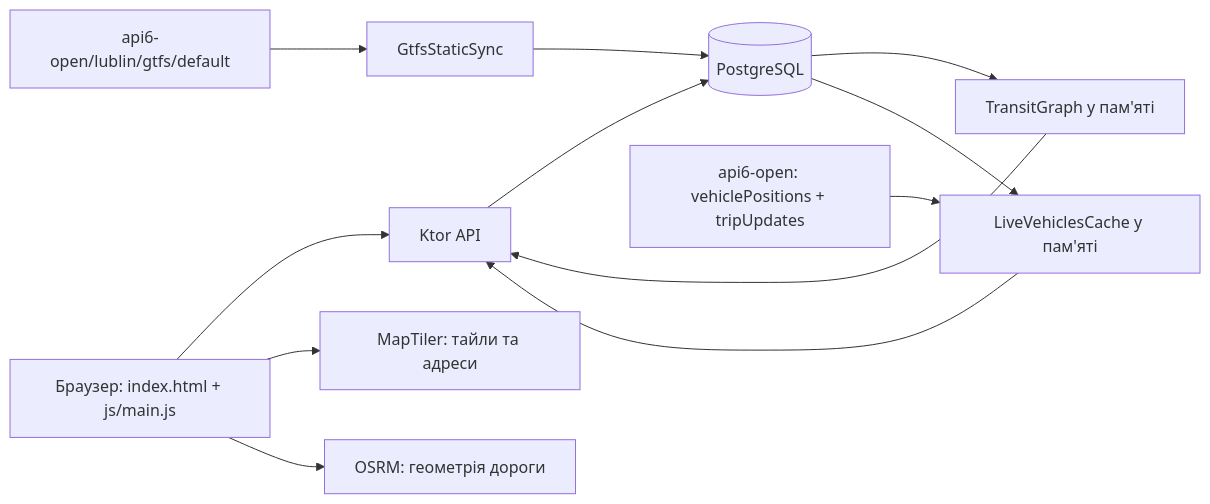
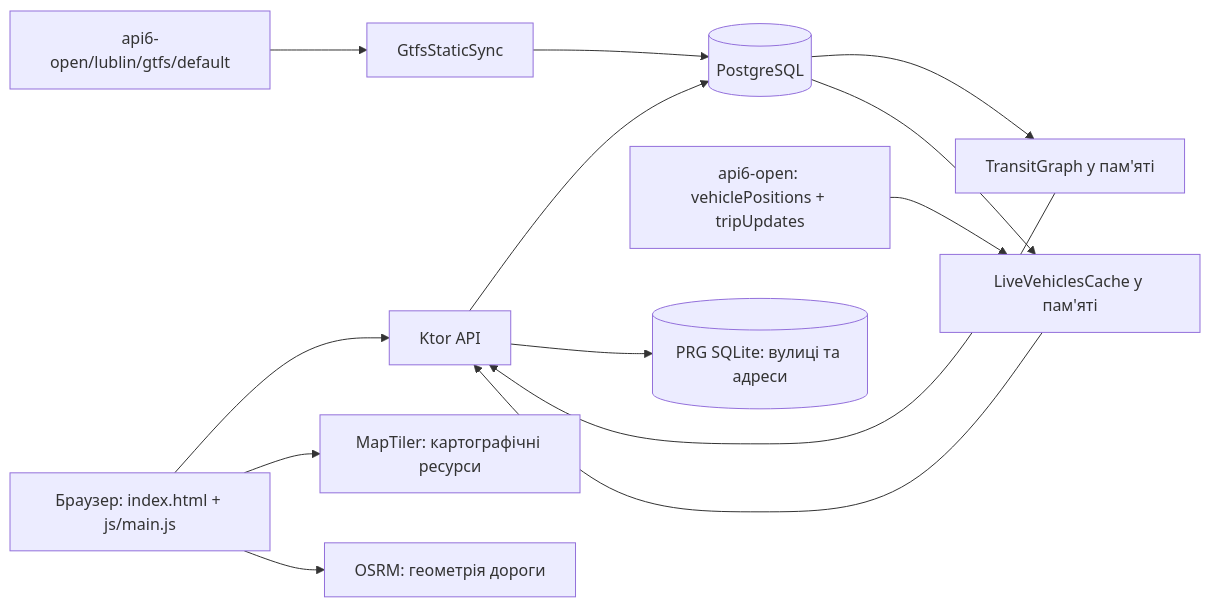
One commit to artemechanik/transit-alert changed the diagram in docs/architecture.md. Above: the diagram before and after it, drawn with Mermaid. The commit also changed other lines of this file and 9 other files, not shown here.

````diff
--- a/docs/architecture.md
+++ b/docs/architecture.md
@@ -20,14 +22,15 @@
 ```mermaid
 flowchart LR
     UI[Браузер: index.html + js/main.js] --> API[Ktor API]
     API --> DB[(PostgreSQL)]
     STATIC[api6-open/lublin/gtfs/default] --> SYNC[GtfsStaticSync]
     SYNC --> DB
     DB --> GRAPH[TransitGraph у пам'яті]
     GRAPH --> API
     RT[api6-open: vehiclePositions + tripUpdates] --> LIVE[LiveVehiclesCache у пам'яті]
     DB --> LIVE
     LIVE --> API
-    UI --> MT[MapTiler: тайли та адреси]
+    API --> PRG[(PRG SQLite: вулиці та адреси)]
+    UI --> MT[MapTiler: картографічні ресурси]
     UI --> OSRM[OSRM: геометрія дороги]
 ```
````
